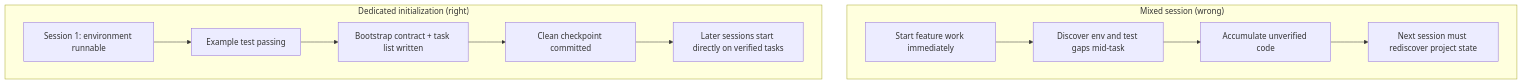
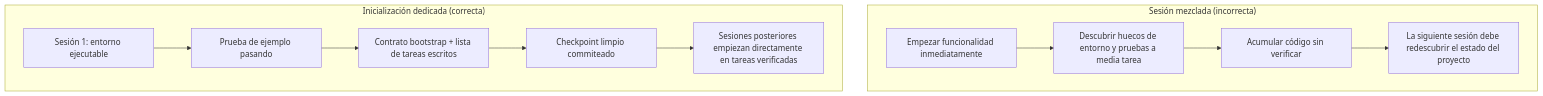
Before and after one commit to jordipiella/learn-harness-engineering: the diagram in docs/es/lectures/lecture-06-why-initialization-needs-its-own-phase/index.md, drawn with Mermaid. The commit also changed other lines of this file and 108 other files, not shown here.

````diff
--- a/docs/es/lectures/lecture-06-why-initialization-needs-its-own-phase/index.md
+++ b/docs/es/lectures/lecture-06-why-initialization-needs-its-own-phase/index.md
@@ -22,15 +22,15 @@
 ```mermaid
 flowchart TB
-    subgraph Wrong["Mixed session (wrong)"]
-        W1["Start feature work immediately"] --> W2["Discover env and test gaps mid-task"]
-        W2 --> W3["Accumulate unverified code"]
-        W3 --> W4["Next session must rediscover project state"]
+    subgraph Wrong["Sesión mezclada (incorrecta)"]
+        W1["Empezar funcionalidad inmediatamente"] --> W2["Descubrir huecos de entorno y pruebas a media tarea"]
+        W2 --> W3["Acumular código sin verificar"]
+        W3 --> W4["La siguiente sesión debe redescubrir el estado del proyecto"]
     end
 
-    subgraph Right["Dedicated initialization (right)"]
-        R1["Session 1: environment runnable"] --> R2["Example test passing"]
-        R2 --> R3["Bootstrap contract + task list written"]
-        R3 --> R4["Clean checkpoint committed"]
-        R4 --> R5["Later sessions start directly on verified tasks"]
+    subgraph Right["Inicialización dedicada (correcta)"]
+        R1["Sesión 1: entorno ejecutable"] --> R2["Prueba de ejemplo pasando"]
+        R2 --> R3["Contrato bootstrap + lista de tareas escritos"]
+        R3 --> R4["Checkpoint limpio commiteado"]
+        R4 --> R5["Sesiones posteriores empiezan directamente en tareas verificadas"]
     end
 ```
````
